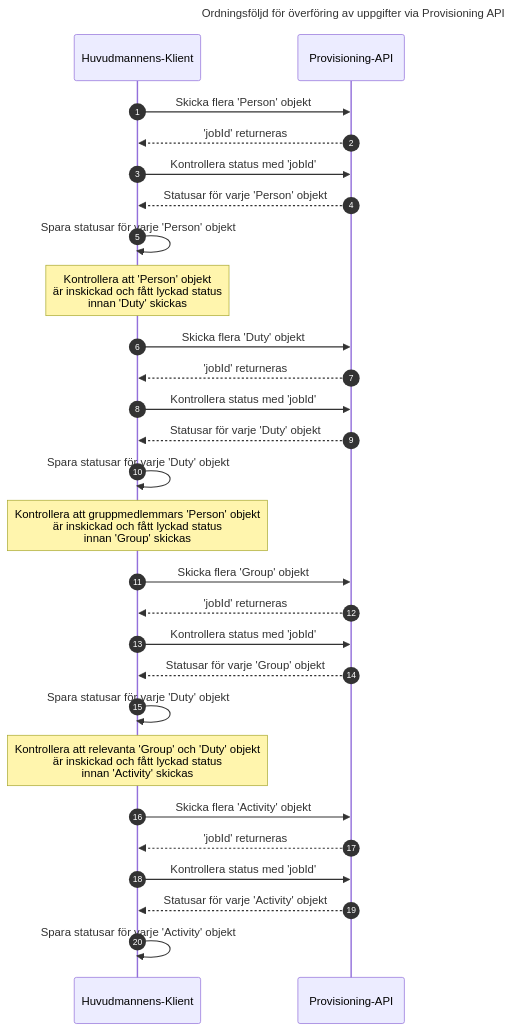
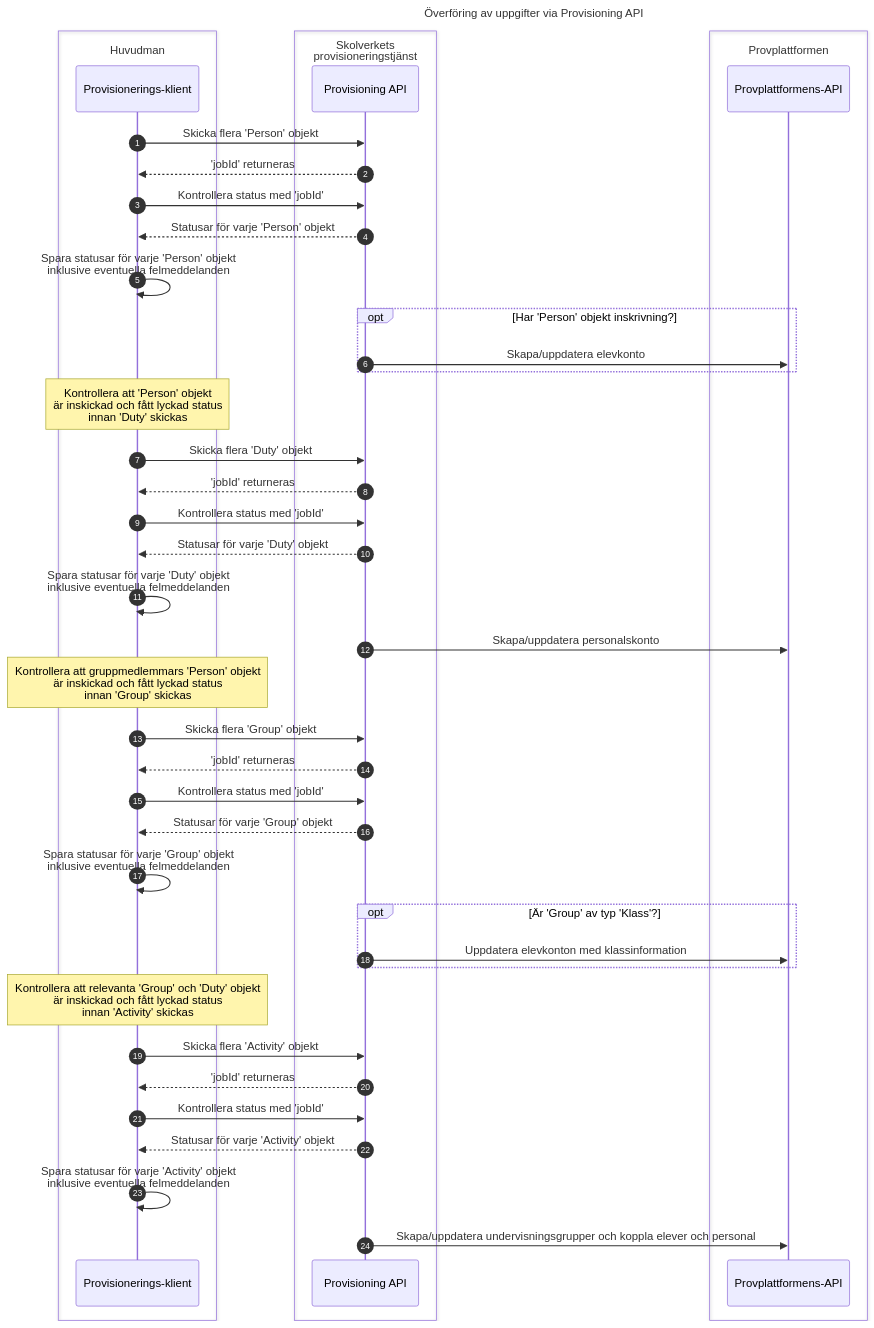
Before and after one commit to skolverket/dnp-usermanagement: the second of 2 diagrams in provisioning-api/README.md, drawn with Mermaid. The commit also changed other lines of this file, not shown here.

Commit message:
Updated sec diagram for provisioning-api

`````diff
--- a/provisioning-api/README.md
+++ b/provisioning-api/README.md
@@ -27,33 +33,48 @@
 ````mermaid
 sequenceDiagram
-    title   Ordningsföljd för överföring av uppgifter via Provisioning API
+    title   Överföring av uppgifter via Provisioning API
     autonumber
-    participant Huvudmannens-Klient
-    participant Provisioning-API
-    Huvudmannens-Klient->>Provisioning-API: Skicka flera 'Person' objekt
-    Provisioning-API-->>Huvudmannens-Klient: 'jobId' returneras
-    Huvudmannens-Klient->>Provisioning-API: Kontrollera status med 'jobId'
-    Provisioning-API-->>Huvudmannens-Klient: Statusar för varje 'Person' objekt
-    Huvudmannens-Klient->>Huvudmannens-Klient: Spara statusar för varje 'Person' objekt
+    box Huvudman
+    participant Klient as Provisionerings-klient
+    end
+    box Skolverkets<br>provisioneringstjänst
+    participant API as Provisioning API
+    end
+    box Provplattformen
+    participant PP_API as Provplattformens-API
+    end
+    Klient->>API: Skicka flera 'Person' objekt
+    API-->>Klient: 'jobId' returneras
+    Klient->>API: Kontrollera status med 'jobId'
+    API-->>Klient: Statusar för varje 'Person' objekt
+    Klient->>Klient: Spara statusar för varje 'Person' objekt<br>inklusive eventuella felmeddelanden
+    opt Har 'Person' objekt inskrivning?
+    API->>PP_API: Skapa/uppdatera elevkonto
+    end
     
-    Note over Huvudmannens-Klient: Kontrollera att 'Person' objekt<br>är inskickad och fått lyckad status<br>innan 'Duty' skickas
-    Huvudmannens-Klient->>Provisioning-API: Skicka flera 'Duty' objekt
-    Provisioning-API-->>Huvudmannens-Klient: 'jobId' returneras
-    Huvudmannens-Klient->>Provisioning-API: Kontrollera status med 'jobId'
-    Provisioning-API-->>Huvudmannens-Klient: Statusar för varje 'Duty' objekt
-    Huvudmannens-Klient->>Huvudmannens-Klient: Spara statusar för varje 'Duty' objekt
+    Note over Klient: Kontrollera att 'Person' objekt<br>är inskickad och fått lyckad status<br>innan 'Duty' skickas
+    Klient->>API: Skicka flera 'Duty' objekt
+    API-->>Klient: 'jobId' returneras
+    Klient->>API: Kontrollera status med 'jobId'
+    API-->>Klient: Statusar för varje 'Duty' objekt
+    Klient->>Klient: Spara statusar för varje 'Duty' objekt<br>inklusive eventuella felmeddelanden
+    API->>PP_API: Skapa/uppdatera personalskonto
     
-    Note over Huvudmannens-Klient: Kontrollera att gruppmedlemmars 'Person' objekt<br>är inskickad och fått lyckad status<br>innan 'Group' skickas
-    Huvudmannens-Klient->>Provisioning-API: Skicka flera 'Group' objekt
-    Provisioning-API-->>Huvudmannens-Klient: 'jobId' returneras
-    Huvudmannens-Klient->>Provisioning-API: Kontrollera status med 'jobId'
-    Provisioning-API-->>Huvudmannens-Klient: Statusar för varje 'Group' objekt
-    Huvudmannens-Klient->>Huvudmannens-Klient: Spara statusar för varje 'Duty' objekt
+    Note over Klient: Kontrollera att gruppmedlemmars 'Person' objekt<br>är inskickad och fått lyckad status<br>innan 'Group' skickas
+    Klient->>API: Skicka flera 'Group' objekt
+    API-->>Klient: 'jobId' returneras
+    Klient->>API: Kontrollera status med 'jobId'
+    API-->>Klient: Statusar för varje 'Group' objekt
+    Klient->>Klient: Spara statusar för varje 'Group' objekt<br>inklusive eventuella felmeddelanden
+    opt Är 'Group' av typ 'Klass'?
+    API->>PP_API: Uppdatera elevkonton med klassinformation
+    end
 
-    Note over Huvudmannens-Klient: Kontrollera att relevanta 'Group' och 'Duty' objekt<br>är inskickad och fått lyckad status<br>innan 'Activity' skickas
-    Huvudmannens-Klient->>Provisioning-API: Skicka flera 'Activity' objekt
-    Provisioning-API-->>Huvudmannens-Klient: 'jobId' returneras
-    Huvudmannens-Klient->>Provisioning-API: Kontrollera status med 'jobId'
-    Provisioning-API-->>Huvudmannens-Klient: Statusar för varje 'Activity' objekt
-    Huvudmannens-Klient->>Huvudmannens-Klient: Spara statusar för varje 'Activity' objekt
+    Note over Klient: Kontrollera att relevanta 'Group' och 'Duty' objekt<br>är inskickad och fått lyckad status<br>innan 'Activity' skickas
+    Klient->>API: Skicka flera 'Activity' objekt
+    API-->>Klient: 'jobId' returneras
+    Klient->>API: Kontrollera status med 'jobId'
+    API-->>Klient: Statusar för varje 'Activity' objekt
+    Klient->>Klient: Spara statusar för varje 'Activity' objekt<br>inklusive eventuella felmeddelanden
+    API->>PP_API: Skapa/uppdatera undervisningsgrupper och koppla elever och personal
 ````
`````
